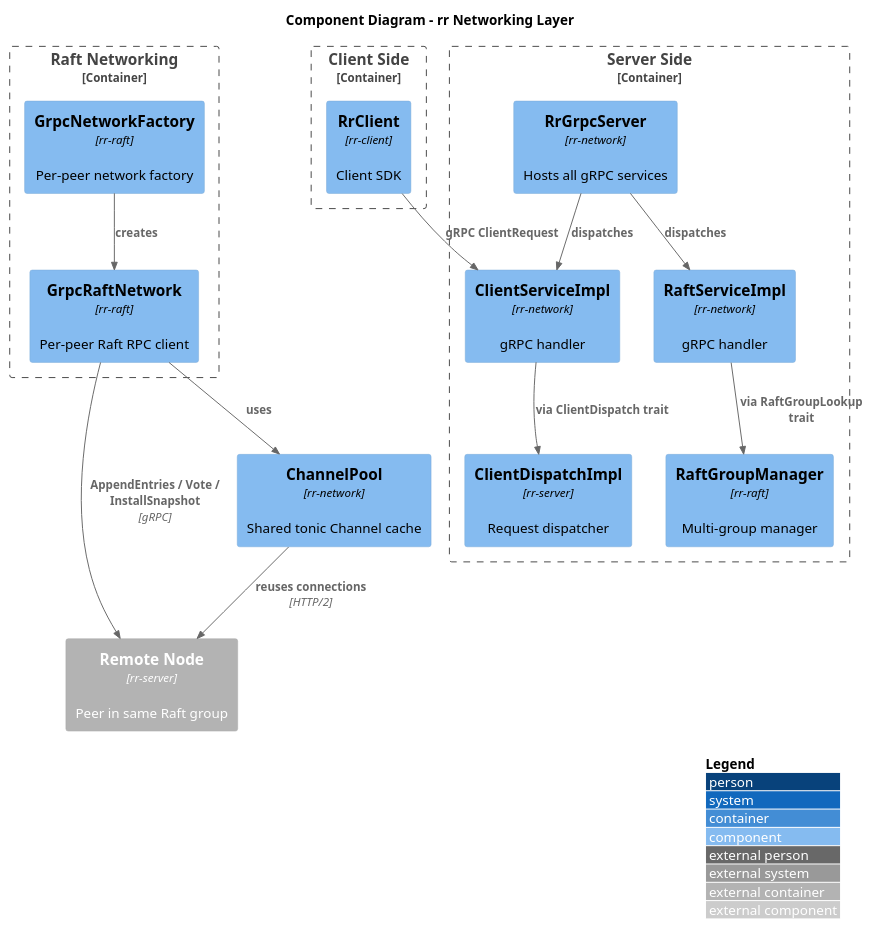
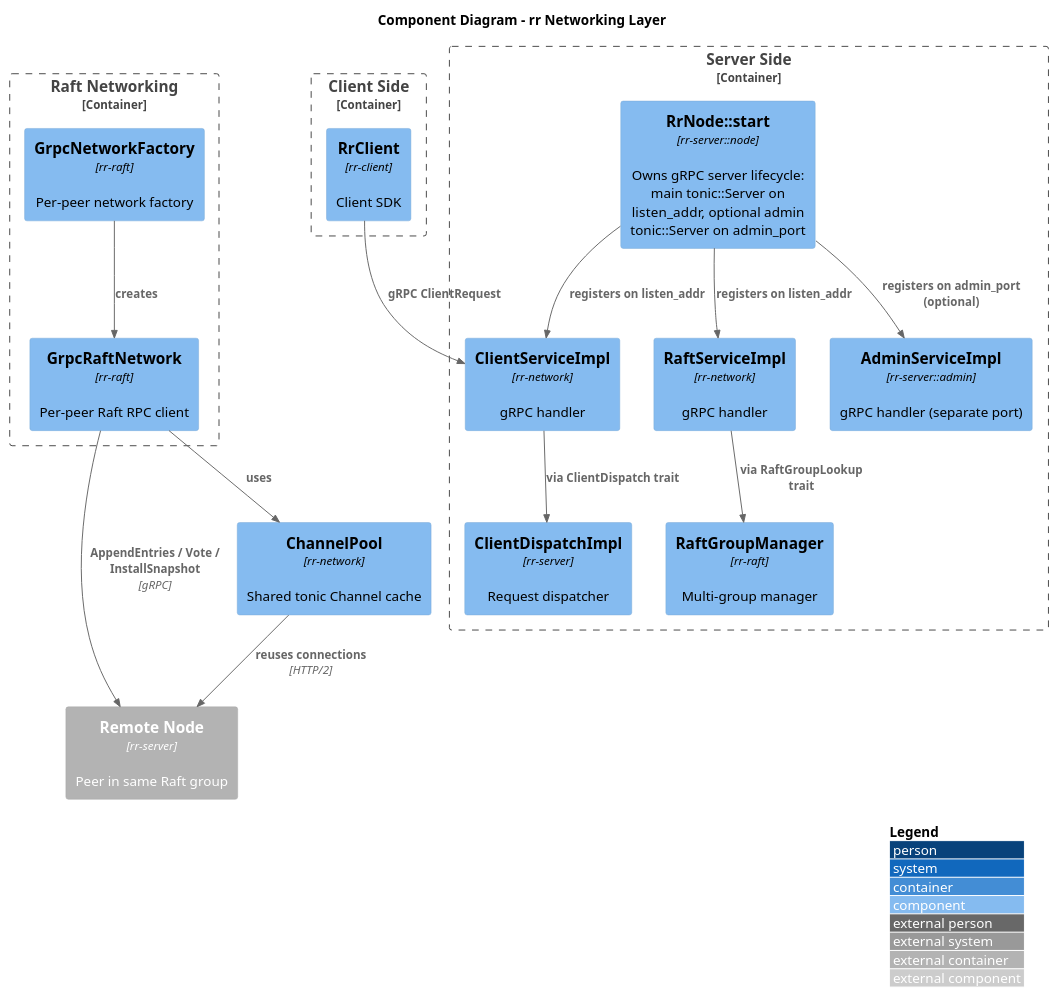
The diagram in docs/docs/architecture/networking.md (gardenias/rr), drawn with PlantUML before and after one commit. The commit also changed other lines of this file and 3 other files, not shown here.

First line of the commit message:
docs(architecture): sync c4 diagrams to actual gRPC server topology

````diff
--- a/docs/docs/architecture/networking.md
+++ b/docs/docs/architecture/networking.md
@@ -37,40 +37,42 @@
 ```plantuml
 @startuml
 !include <C4/C4_Component.puml>
 
 title Component Diagram - rr Networking Layer
 
 Container_Boundary(client_side, "Client Side") {
   Component(rr_client, "RrClient", "rr-client", "Client SDK")
 }
 
 Container_Boundary(server_side, "Server Side") {
-  Component(grpc_server, "RrGrpcServer", "rr-network", "Hosts all gRPC services")
+  Component(rr_node, "RrNode::start", "rr-server::node", "Owns gRPC server lifecycle: main tonic::Server on listen_addr, optional admin tonic::Server on admin_port")
   Component(raft_svc_impl, "RaftServiceImpl", "rr-network", "gRPC handler")
   Component(client_svc_impl, "ClientServiceImpl", "rr-network", "gRPC handler")
+  Component(admin_svc_impl, "AdminServiceImpl", "rr-server::admin", "gRPC handler (separate port)")
   Component(raft_mgr, "RaftGroupManager", "rr-raft", "Multi-group manager")
   Component(dispatch, "ClientDispatchImpl", "rr-server", "Request dispatcher")
 }
 
 Container_Boundary(raft_net, "Raft Networking") {
   Component(net_factory, "GrpcNetworkFactory", "rr-raft", "Per-peer network factory")
   Component(grpc_raft_net, "GrpcRaftNetwork", "rr-raft", "Per-peer Raft RPC client")
 }
 
 Container_Ext(remote_node, "Remote Node", "rr-server", "Peer in same Raft group")
 Component(channel_pool, "ChannelPool", "rr-network", "Shared tonic Channel cache")
 
 Rel(rr_client, client_svc_impl, "gRPC ClientRequest")
-Rel(grpc_server, raft_svc_impl, "dispatches")
-Rel(grpc_server, client_svc_impl, "dispatches")
+Rel(rr_node, raft_svc_impl, "registers on listen_addr")
+Rel(rr_node, client_svc_impl, "registers on listen_addr")
+Rel(rr_node, admin_svc_impl, "registers on admin_port (optional)")
 Rel(raft_svc_impl, raft_mgr, "via RaftGroupLookup trait")
 Rel(client_svc_impl, dispatch, "via ClientDispatch trait")
 
 Rel(net_factory, grpc_raft_net, "creates")
 Rel(grpc_raft_net, remote_node, "AppendEntries / Vote / InstallSnapshot", "gRPC")
 Rel(grpc_raft_net, channel_pool, "uses")
 Rel(channel_pool, remote_node, "reuses connections", "HTTP/2")
 
 LAYOUT_WITH_LEGEND()
 @enduml
 ```
````
